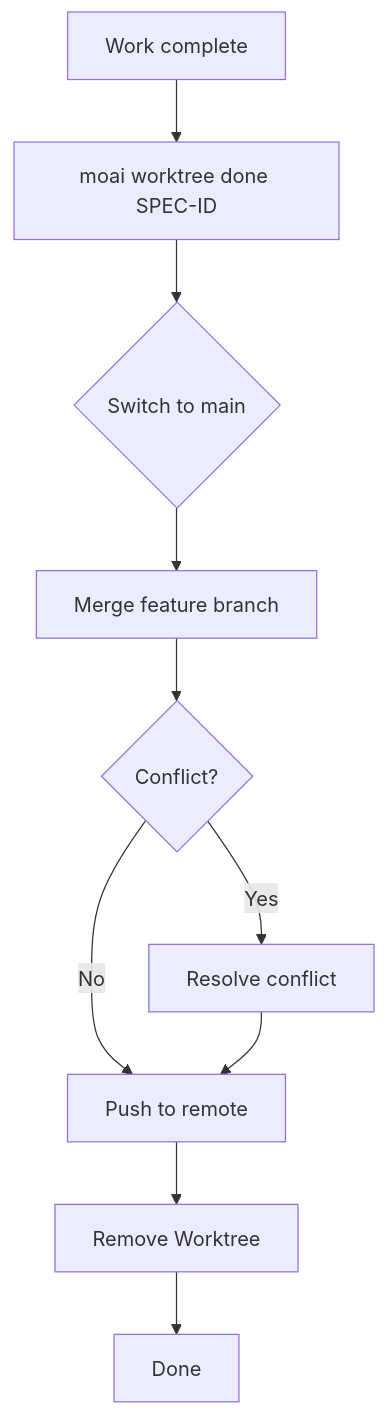
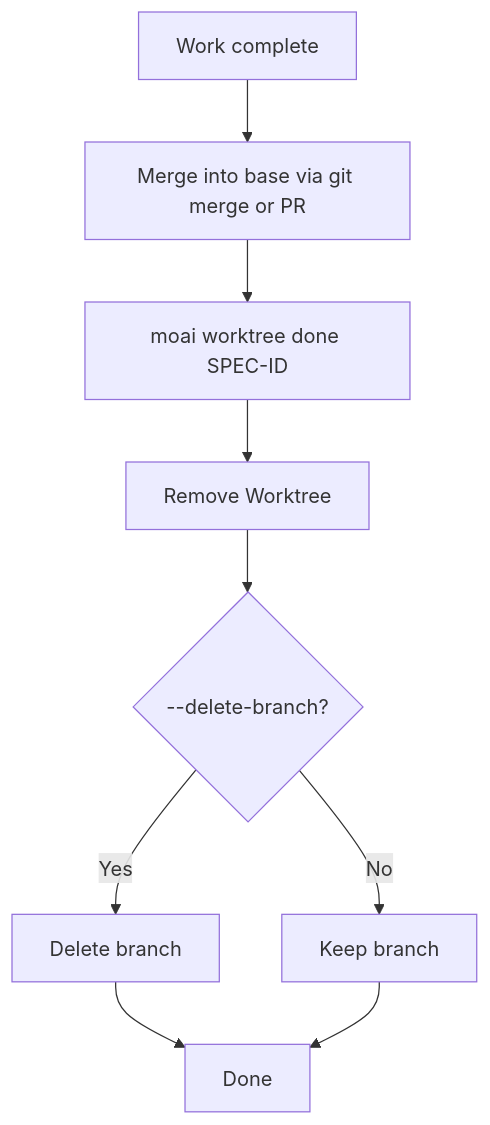
The seventh of 10 diagrams in docs-site/content/en/worktree/guide.md (modu-ai/moai-adk), drawn with Mermaid before and after one commit. The commit also changed other lines of this file and 180 other files, not shown here.

````diff
--- a/docs-site/content/en/worktree/guide.md
+++ b/docs-site/content/en/worktree/guide.md
@@ -463,12 +440,11 @@
 ```mermaid
 flowchart TD
-    A[Work complete] --> B[moai worktree done SPEC-ID]
-    B --> C{Switch to main}
-    C --> D[Merge feature branch]
-    D --> E{Conflict?}
-    E -->|Yes| F[Resolve conflict]
-    E -->|No| G[Push to remote]
-    F --> G
-    G --> H[Remove Worktree]
-    H --> I[Done]
+    A[Work complete] --> B[Merge into base via git merge or PR]
+    B --> C[moai worktree done SPEC-ID]
+    C --> D[Remove Worktree]
+    D --> E{--delete-branch?}
+    E -->|Yes| F[Delete branch]
+    E -->|No| G[Keep branch]
+    F --> H[Done]
+    G --> H[Done]
 ```
````
